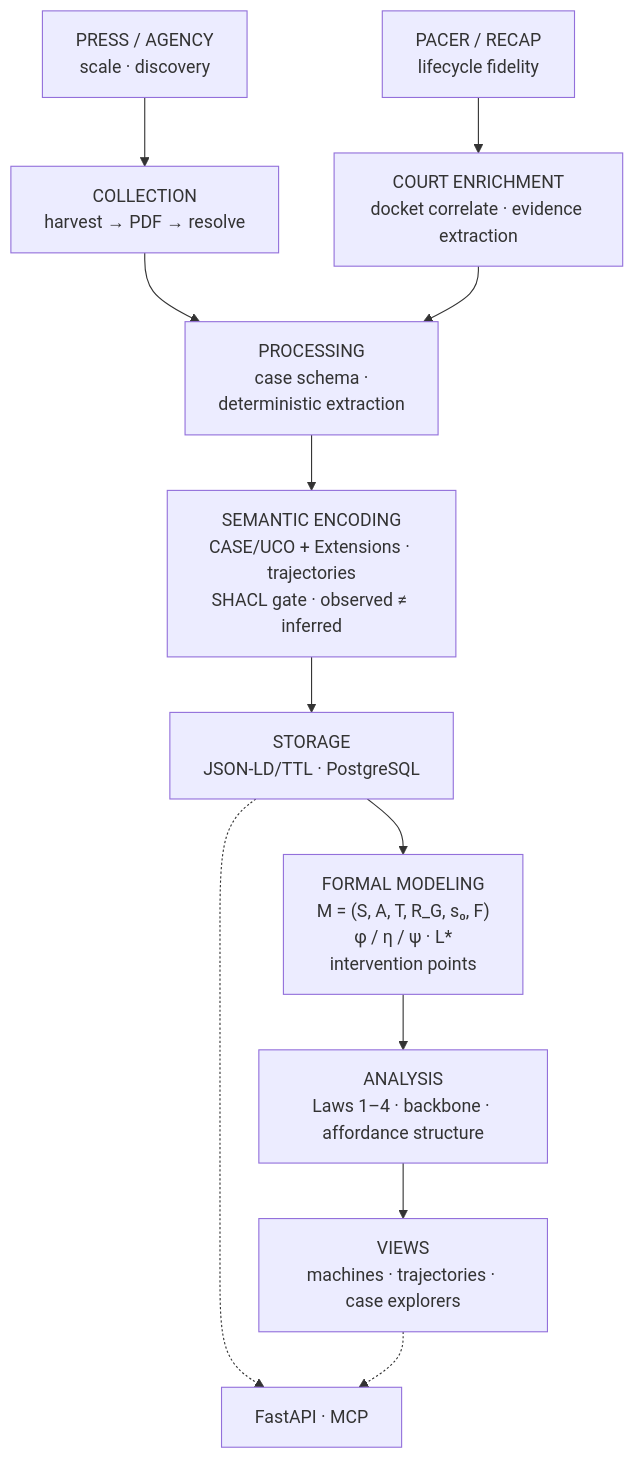
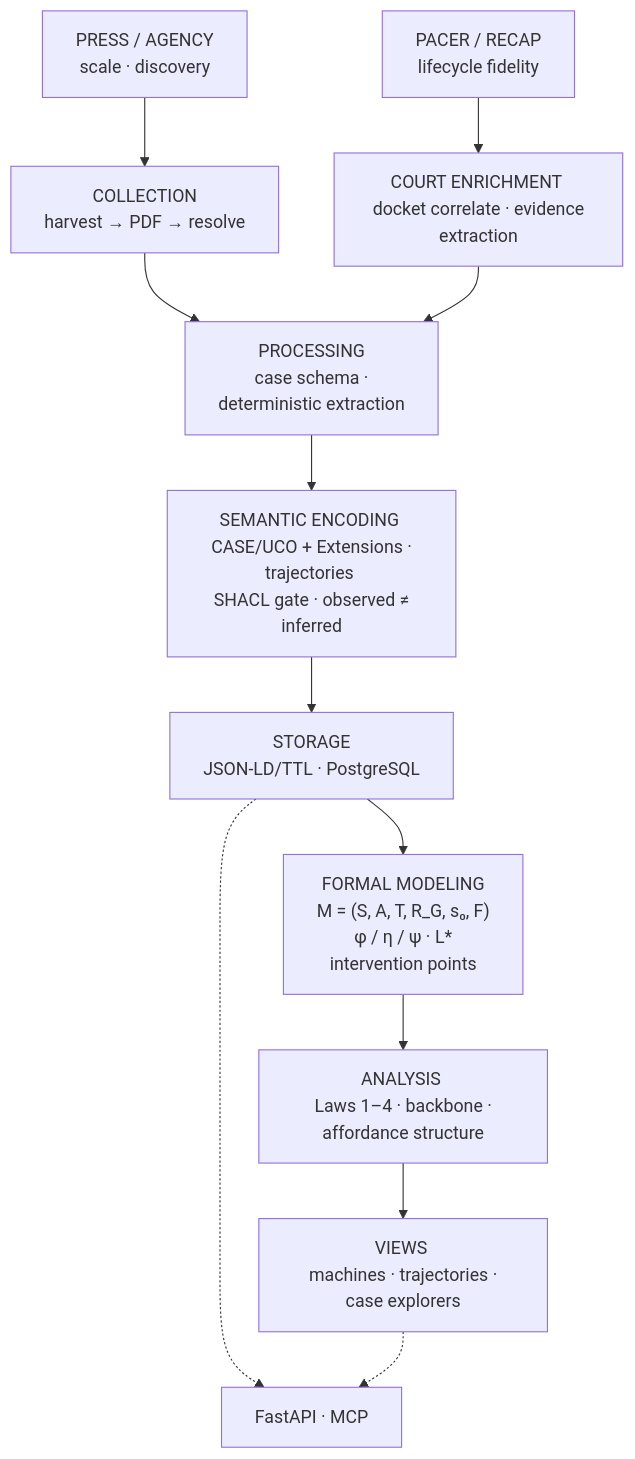
The first of 2 diagrams in README.md (mrinaalr/CaseNoesis), drawn with Mermaid before and after one commit. The commit also changed other lines of this file and 13 other files, not shown here.

````diff
--- a/README.md
+++ b/README.md
@@ -26,21 +26,21 @@
 ```mermaid
 flowchart TD
-    P["PRESS / AGENCY<br/>scale · discovery"] 
-    C["PACER / RECAP<br/>lifecycle fidelity"]
+    P["PRESS / AGENCY <br/> scale · discovery"]
+    C["PACER / RECAP <br/> lifecycle fidelity"]
 
-    P --> ACQ["COLLECTION<br/>harvest → PDF → resolve"]
-    C --> ENR["COURT ENRICHMENT<br/>docket correlate · evidence extraction"]
+    P --> ACQ["COLLECTION <br/> harvest → PDF → resolve"]
+    C --> ENR["COURT ENRICHMENT <br/> docket correlate · evidence extraction"]
 
-    ACQ --> PROC["PROCESSING<br/>case schema ·<br/>deterministic extraction"]
+    ACQ --> PROC["PROCESSING <br/> case schema · <br/> deterministic extraction"]
     ENR --> PROC
 
-    PROC --> ENC["SEMANTIC ENCODING<br/>CASE/UCO + Extensions · trajectories<br/>SHACL gate · observed ≠ inferred"]
-    ENC --> STORE["STORAGE<br/>JSON-LD/TTL · PostgreSQL"]
+    PROC --> ENC["SEMANTIC ENCODING <br/> CASE/UCO + Extensions · trajectories <br/> SHACL gate · observed ≠ inferred"]
+    ENC --> STORE["STORAGE <br/> JSON-LD/TTL · PostgreSQL"]
 
-    STORE --> ESM["FORMAL MODELING<br/>M = (S, A, T, R_G, s₀, F)<br/>φ / η / ψ · L* <br/> intervention points"]
-    ESM --> AN["ANALYSIS<br/>Laws 1–4 · backbone · affordance structure"]
-    AN --> VIZ["VIEWS<br/>machines · trajectories · case explorers"]
+    STORE --> ESM["FORMAL MODELING <br/> M = (S, A, T, R_G, s₀, F) <br/> φ / η / ψ · L* <br/> intervention points"]
+    ESM --> AN["ANALYSIS <br/> Laws 1–4 · backbone · affordance structure"]
+    AN --> VIZ["VIEWS <br/> machines · trajectories · case explorers"]
 
     STORE -.-> API["FastAPI · MCP"]
     VIZ -.-> API
 ```
````
